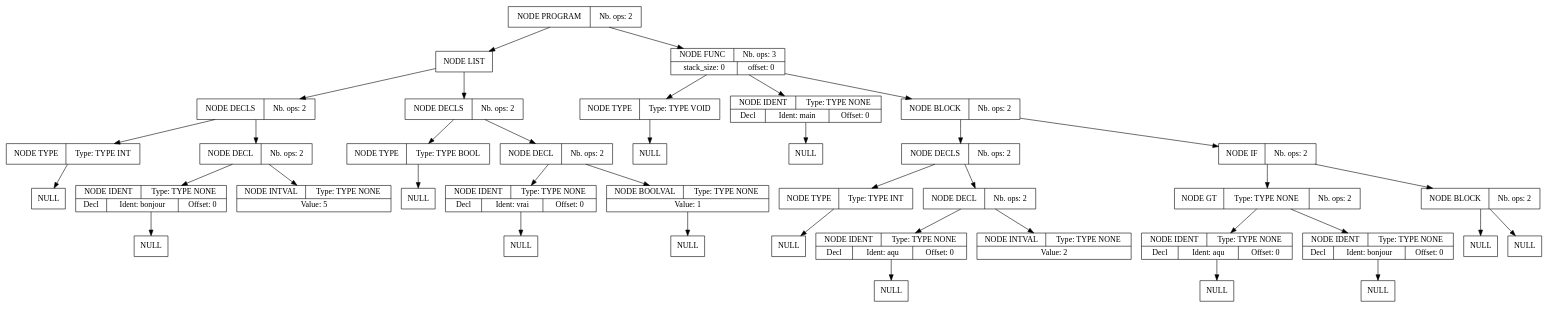
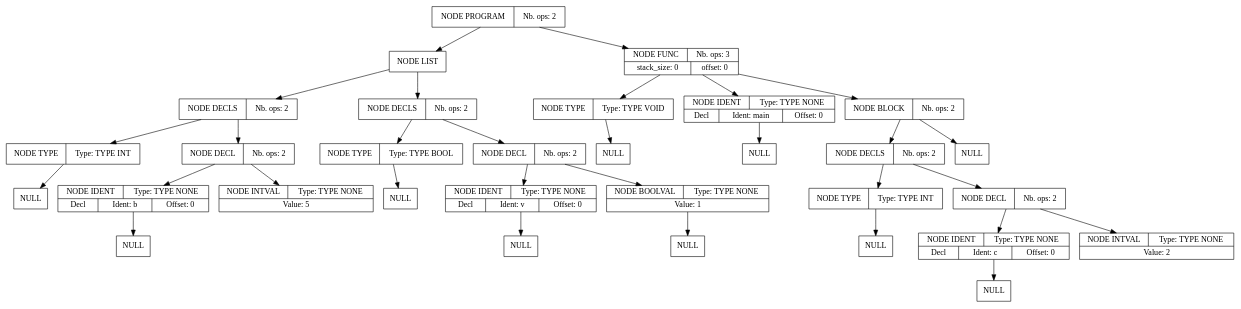
Before and after one commit to Harian-Elyoth/CompilateurMiniC: the diagram in src/arbre_du_program.dot, drawn with Graphviz. The commit also changed 32 other files, not shown here.

```diff
--- a/src/arbre_du_program.dot
+++ b/src/arbre_du_program.dot
@@ -1,117 +1,93 @@
 digraph global_vars {
     N1 [shape=record, label="{{NODE PROGRAM|Nb. ops: 2}}"];
     N2 [shape=record, label="{{NODE LIST}}"];
     N3 [shape=record, label="{{NODE DECLS|Nb. ops: 2}}"];
     N4 [shape=record, label="{{NODE TYPE|Type: TYPE INT}}"];
     N5 [shape=record, label="{{NULL}}"];
     edge[tailclip=true];
     N4 -> N5
     edge[tailclip=true];
     N3 -> N4
     N6 [shape=record, label="{{NODE DECL|Nb. ops: 2}}"];
-    N7 [shape=record, label="{{NODE IDENT|Type: TYPE NONE}|{<decl>Decl      |Ident: bonjour|Offset: 0}}"];
+    N7 [shape=record, label="{{NODE IDENT|Type: TYPE NONE}|{<decl>Decl      |Ident: b|Offset: 0}}"];
     N8 [shape=record, label="{{NULL}}"];
     edge[tailclip=true];
     N7 -> N8
     edge[tailclip=true];
     N6 -> N7
     N9 [shape=record, label="{{NODE INTVAL|Type: TYPE NONE}|{Value: 5}}"];
     edge[tailclip=true];
     N6 -> N9
     edge[tailclip=true];
     N3 -> N6
     edge[tailclip=true];
     N2 -> N3
     N10 [shape=record, label="{{NODE DECLS|Nb. ops: 2}}"];
     N11 [shape=record, label="{{NODE TYPE|Type: TYPE BOOL}}"];
     N12 [shape=record, label="{{NULL}}"];
     edge[tailclip=true];
     N11 -> N12
     edge[tailclip=true];
     N10 -> N11
     N13 [shape=record, label="{{NODE DECL|Nb. ops: 2}}"];
-    N14 [shape=record, label="{{NODE IDENT|Type: TYPE NONE}|{<decl>Decl      |Ident: vrai|Offset: 0}}"];
+    N14 [shape=record, label="{{NODE IDENT|Type: TYPE NONE}|{<decl>Decl      |Ident: v|Offset: 0}}"];
     N15 [shape=record, label="{{NULL}}"];
     edge[tailclip=true];
     N14 -> N15
     edge[tailclip=true];
     N13 -> N14
     N16 [shape=record, label="{{NODE BOOLVAL|Type: TYPE NONE}|{Value: 1}}"];
     N17 [shape=record, label="{{NULL}}"];
     edge[tailclip=true];
     N16 -> N17
     edge[tailclip=true];
     N13 -> N16
     edge[tailclip=true];
     N10 -> N13
     edge[tailclip=true];
     N2 -> N10
     edge[tailclip=true];
     N1 -> N2
     N18 [shape=record, label="{{NODE FUNC|Nb. ops: 3}|{stack_size: 0|offset: 0}}"];
     N19 [shape=record, label="{{NODE TYPE|Type: TYPE VOID}}"];
     N20 [shape=record, label="{{NULL}}"];
     edge[tailclip=true];
     N19 -> N20
     edge[tailclip=true];
     N18 -> N19
     N21 [shape=record, label="{{NODE IDENT|Type: TYPE NONE}|{<decl>Decl      |Ident: main|Offset: 0}}"];
     N22 [shape=record, label="{{NULL}}"];
     edge[tailclip=true];
     N21 -> N22
     edge[tailclip=true];
     N18 -> N21
     N23 [shape=record, label="{{NODE BLOCK|Nb. ops: 2}}"];
     N24 [shape=record, label="{{NODE DECLS|Nb. ops: 2}}"];
     N25 [shape=record, label="{{NODE TYPE|Type: TYPE INT}}"];
     N26 [shape=record, label="{{NULL}}"];
     edge[tailclip=true];
     N25 -> N26
     edge[tailclip=true];
     N24 -> N25
     N27 [shape=record, label="{{NODE DECL|Nb. ops: 2}}"];
-    N28 [shape=record, label="{{NODE IDENT|Type: TYPE NONE}|{<decl>Decl      |Ident: aqu|Offset: 0}}"];
+    N28 [shape=record, label="{{NODE IDENT|Type: TYPE NONE}|{<decl>Decl      |Ident: c|Offset: 0}}"];
     N29 [shape=record, label="{{NULL}}"];
     edge[tailclip=true];
     N28 -> N29
     edge[tailclip=true];
     N27 -> N28
     N30 [shape=record, label="{{NODE INTVAL|Type: TYPE NONE}|{Value: 2}}"];
     edge[tailclip=true];
     N27 -> N30
     edge[tailclip=true];
     N24 -> N27
     edge[tailclip=true];
     N23 -> N24
-    N31 [shape=record, label="{{NODE IF|Nb. ops: 2}}"];
-    N32 [shape=record, label="{{NODE GT|Type: TYPE NONE|Nb. ops: 2}}"];
-    N33 [shape=record, label="{{NODE IDENT|Type: TYPE NONE}|{<decl>Decl      |Ident: aqu|Offset: 0}}"];
-    N34 [shape=record, label="{{NULL}}"];
-    edge[tailclip=true];
-    N33 -> N34
-    edge[tailclip=true];
-    N32 -> N33
-    N35 [shape=record, label="{{NODE IDENT|Type: TYPE NONE}|{<decl>Decl      |Ident: bonjour|Offset: 0}}"];
-    N36 [shape=record, label="{{NULL}}"];
-    edge[tailclip=true];
-    N35 -> N36
-    edge[tailclip=true];
-    N32 -> N35
-    edge[tailclip=true];
-    N31 -> N32
-    N37 [shape=record, label="{{NODE BLOCK|Nb. ops: 2}}"];
-    N38 [shape=record, label="{{NULL}}"];
-    edge[tailclip=true];
-    N37 -> N38
-    N39 [shape=record, label="{{NULL}}"];
-    edge[tailclip=true];
-    N37 -> N39
-    edge[tailclip=true];
-    N31 -> N37
+    N31 [shape=record, label="{{NULL}}"];
     edge[tailclip=true];
     N23 -> N31
     edge[tailclip=true];
     N18 -> N23
     edge[tailclip=true];
     N1 -> N18
 }
```
